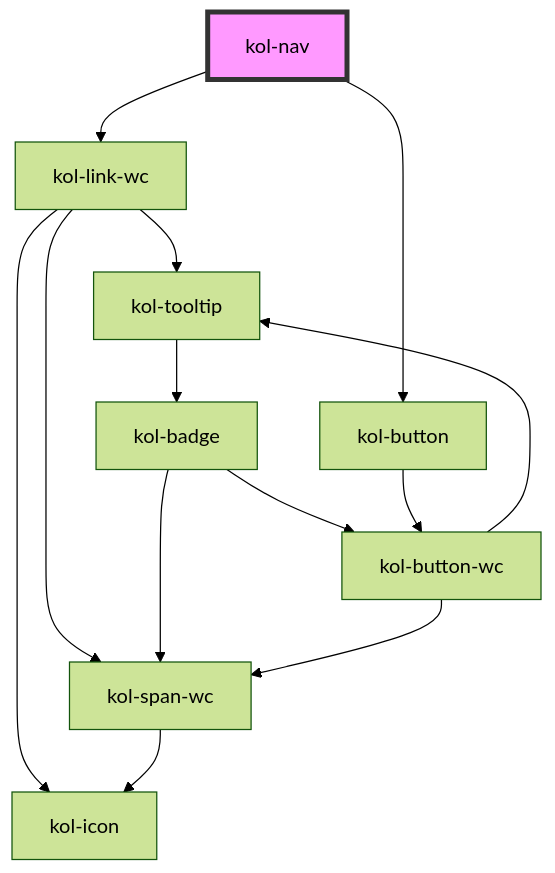
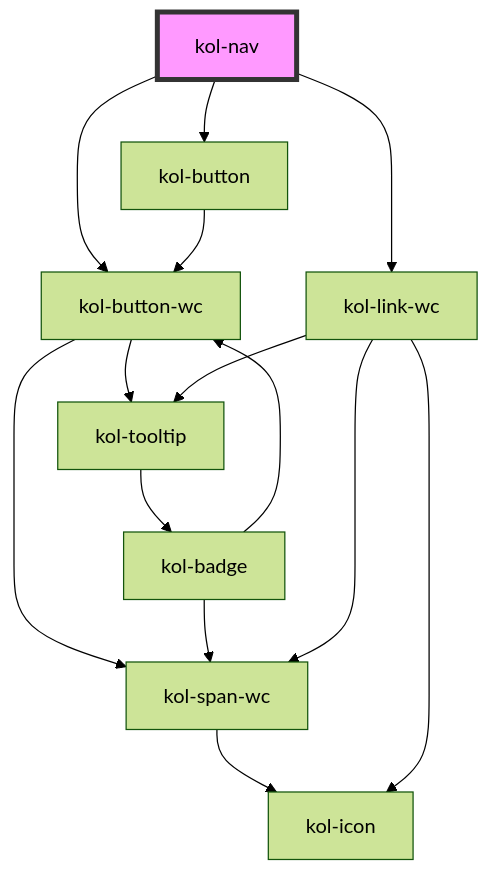
Before and after one commit to public-ui/kolibri: the diagram in packages/components/src/components/nav/readme.md, drawn with Mermaid (forest theme). The commit also changed other lines of this file and 42 other files, not shown here.

````diff
--- a/packages/components/src/components/nav/readme.md
+++ b/packages/components/src/components/nav/readme.md
@@ -123,16 +124,17 @@
 ```mermaid
 graph TD;
+  kol-nav --> kol-button-wc
   kol-nav --> kol-link-wc
   kol-nav --> kol-button
-  kol-link-wc --> kol-span-wc
-  kol-link-wc --> kol-icon
-  kol-link-wc --> kol-tooltip
+  kol-button-wc --> kol-span-wc
+  kol-button-wc --> kol-tooltip
   kol-span-wc --> kol-icon
   kol-tooltip --> kol-badge
   kol-badge --> kol-span-wc
   kol-badge --> kol-button-wc
-  kol-button-wc --> kol-span-wc
-  kol-button-wc --> kol-tooltip
+  kol-link-wc --> kol-span-wc
+  kol-link-wc --> kol-icon
+  kol-link-wc --> kol-tooltip
   kol-button --> kol-button-wc
   style kol-nav fill:#f9f,stroke:#333,stroke-width:4px
 ```
````
